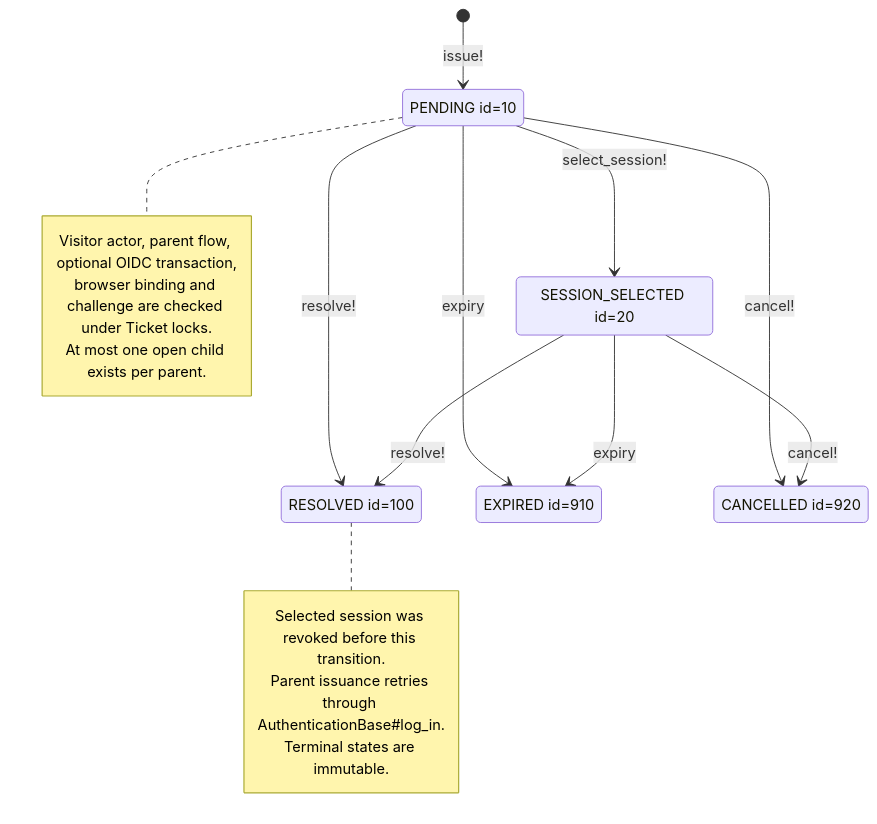
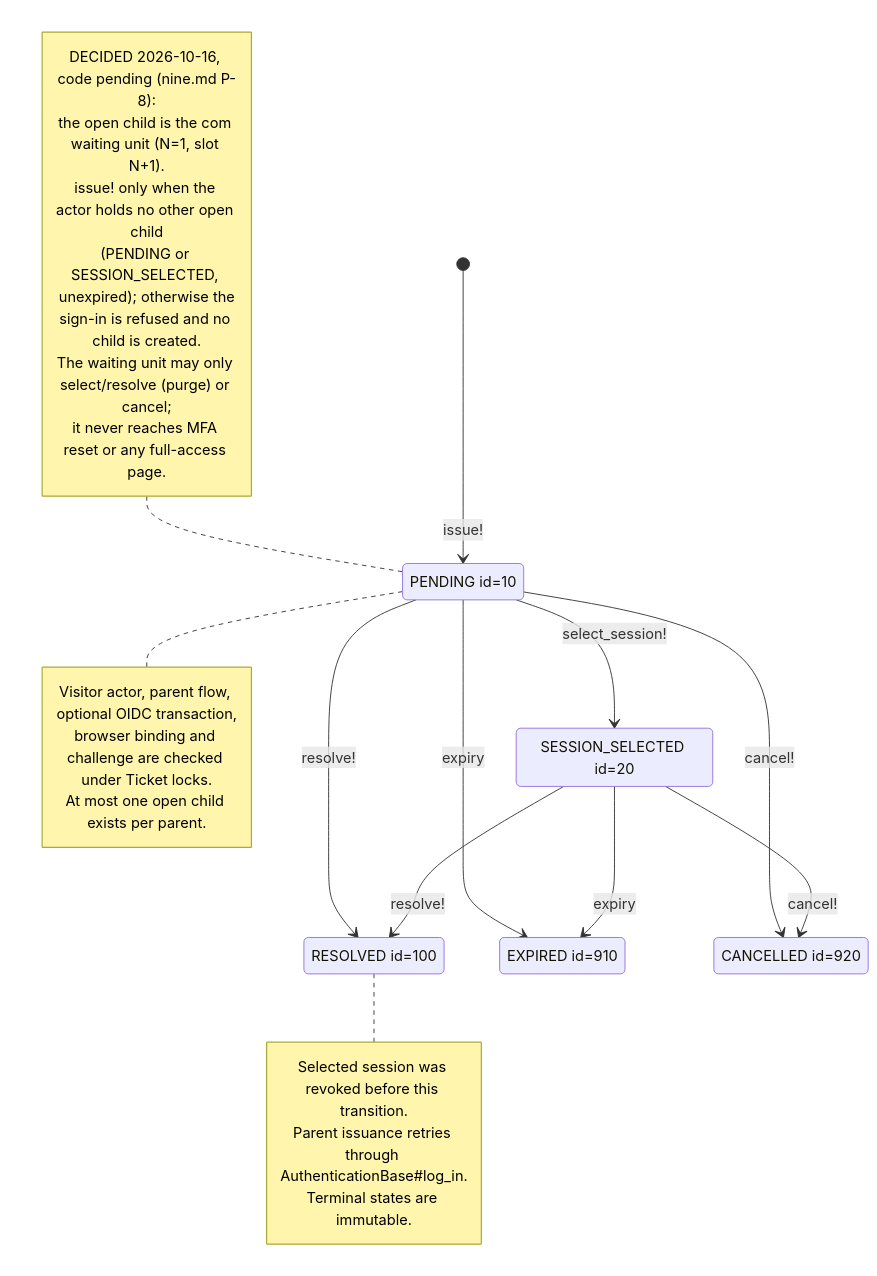
Before and after one commit to seahal/umaxica-apps-jit-global: the diagram in docs/mermaid/idp-visitor-session-limit-resolution.mmd, drawn with Mermaid. The commit also changed 81 other files, not shown here.

```diff
--- a/docs/mermaid/idp-visitor-session-limit-resolution.mmd
+++ b/docs/mermaid/idp-visitor-session-limit-resolution.mmd
@@ -1,27 +1,36 @@
 stateDiagram-v2
     %% Durable child of VisitorSignInFlow; the parent stays SESSION_ISSUANCE_PENDING.
     state "PENDING id=10" as PENDING
     state "SESSION_SELECTED id=20" as SESSION_SELECTED
     state "RESOLVED id=100" as RESOLVED
     state "EXPIRED id=910" as EXPIRED
     state "CANCELLED id=920" as CANCELLED
 
     [*] --> PENDING: issue!
     PENDING --> SESSION_SELECTED: select_session!
     PENDING --> RESOLVED: resolve!
     PENDING --> EXPIRED: expiry
     PENDING --> CANCELLED: cancel!
     SESSION_SELECTED --> RESOLVED: resolve!
     SESSION_SELECTED --> EXPIRED: expiry
     SESSION_SELECTED --> CANCELLED: cancel!
 
     note right of PENDING
         Visitor actor, parent flow, optional OIDC transaction,
         browser binding and challenge are checked under Ticket locks.
         At most one open child exists per parent.
     end note
+    note left of PENDING
+        DECIDED 2026-10-16, code pending (nine.md P-8):
+        the open child is the com waiting unit (N=1, slot N+1).
+        issue! only when the actor holds no other open child
+        (PENDING or SESSION_SELECTED, unexpired); otherwise the
+        sign-in is refused and no child is created.
+        The waiting unit may only select/resolve (purge) or cancel;
+        it never reaches MFA reset or any full-access page.
+    end note
     note right of RESOLVED
         Selected session was revoked before this transition.
         Parent issuance retries through AuthenticationBase#log_in.
         Terminal states are immutable.
     end note
```
